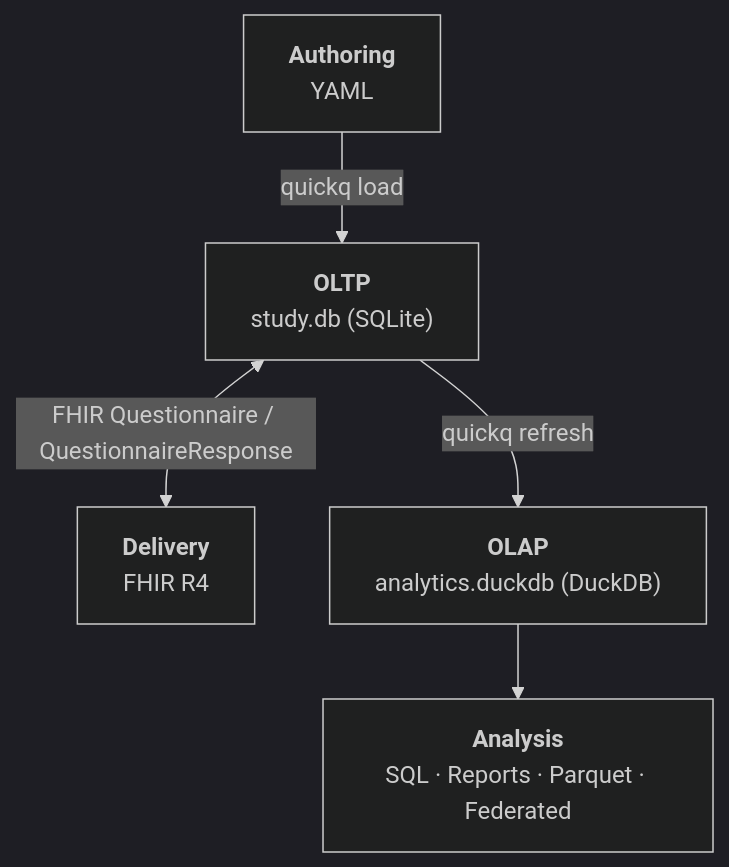
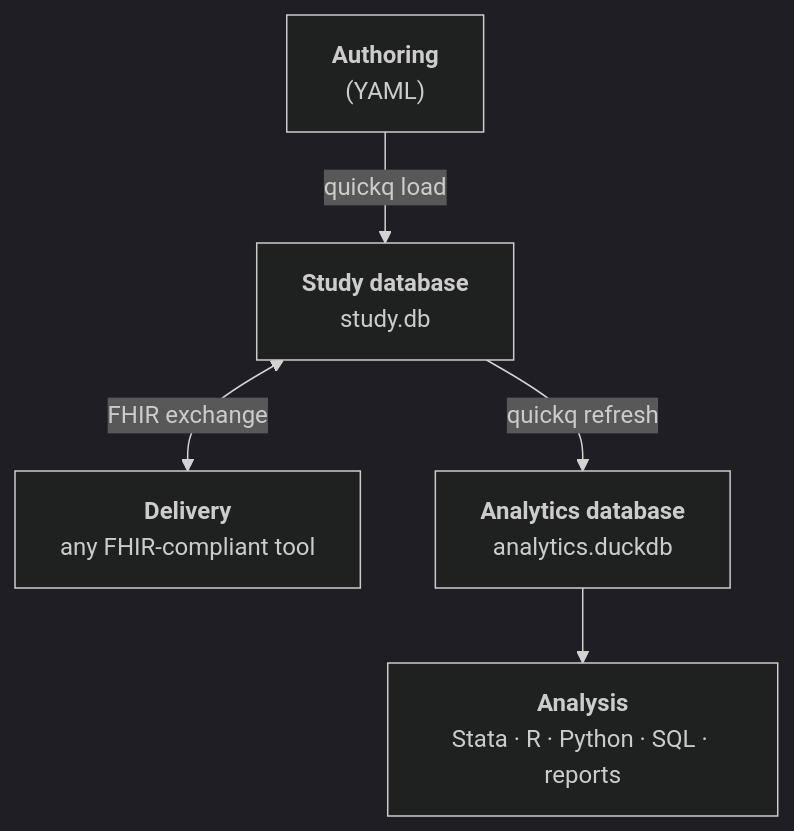
One commit to quickq-io/quickq changed the diagram in docs/index.md. Above: the diagram before and after it, drawn with Mermaid (dark theme). The commit also changed other lines of this file, not shown here.

````diff
--- a/docs/index.md
+++ b/docs/index.md
@@ -44,13 +118,13 @@
 ```mermaid
 graph TD
-    A["<b>Authoring</b><br/>YAML"]
-    B["<b>OLTP</b><br/>study.db (SQLite)"]
-    C["<b>Delivery</b><br/>FHIR R4"]
-    D["<b>OLAP</b><br/>analytics.duckdb (DuckDB)"]
-    E["<b>Analysis</b><br/>SQL · Reports · Parquet · Federated"]
+    A["<b>Authoring</b><br/>(YAML)"]
+    B["<b>Study database</b><br/>study.db"]
+    C["<b>Delivery</b><br/>any FHIR-compliant tool"]
+    D["<b>Analytics database</b><br/>analytics.duckdb"]
+    E["<b>Analysis</b><br/>Stata · R · Python · SQL · reports"]
 
     A -->|quickq load| B
-    B <-->|FHIR Questionnaire / QuestionnaireResponse| C
+    B <-->|FHIR exchange| C
     B -->|quickq refresh| D
     D --> E
 ```
````
